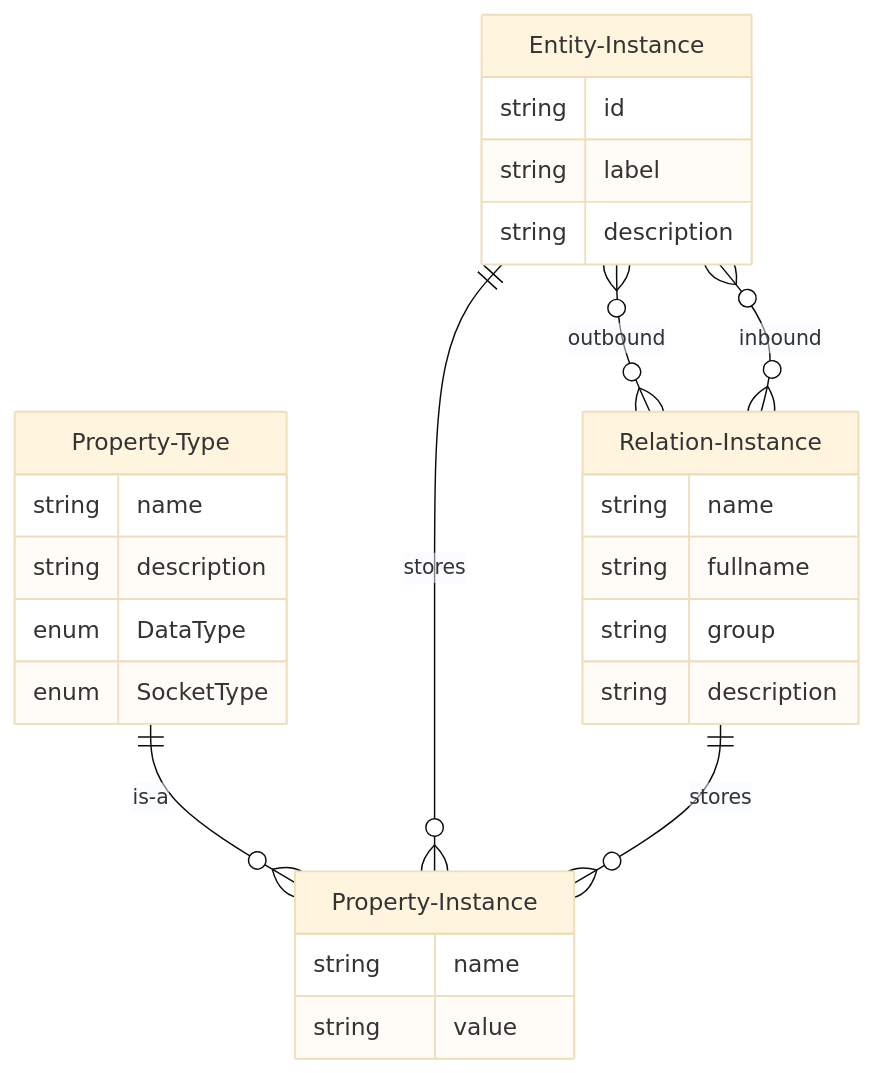
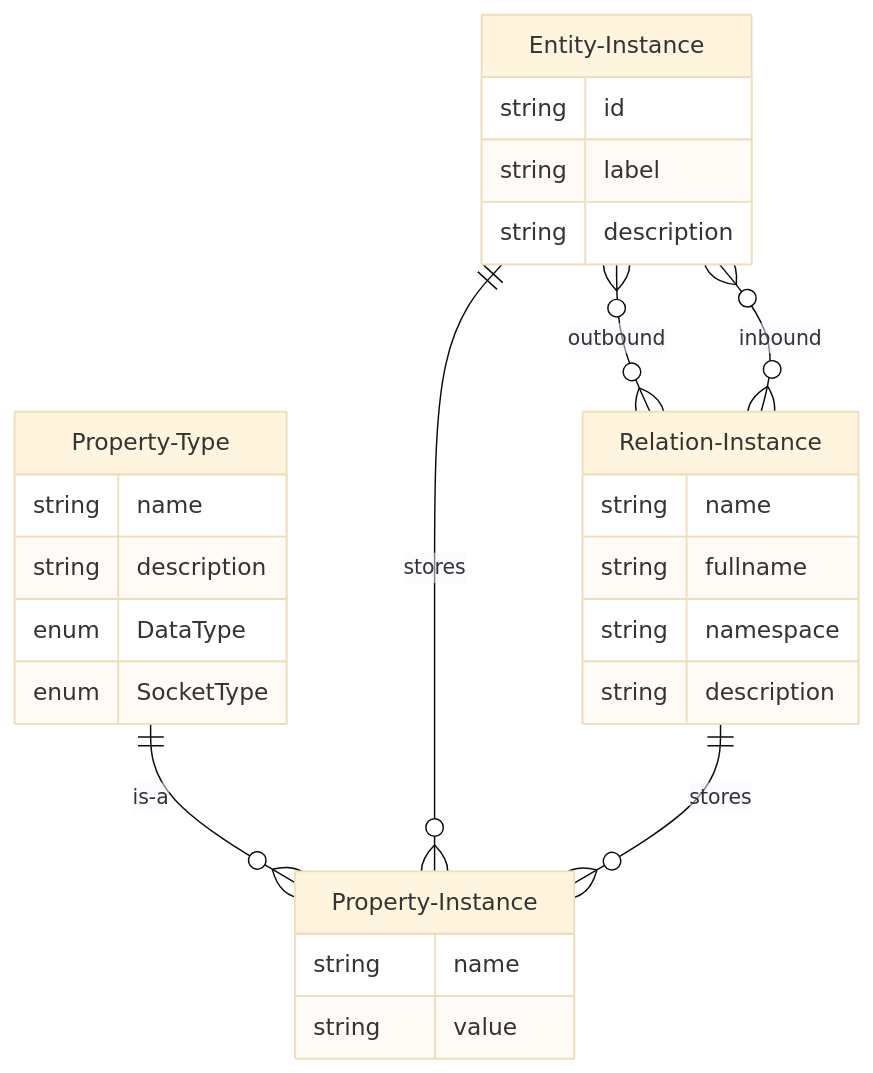
The second of 2 diagrams in docs/inexor-rgf/src/Model_Property_Instance.md (reactive-graph/reactive-graph), drawn with Mermaid (base theme) before and after one commit. The commit also changed 108 other files, not shown here.

Commit message:
Documentation for the dynamic graph

````diff
--- a/docs/inexor-rgf/src/Model_Property_Instance.md
+++ b/docs/inexor-rgf/src/Model_Property_Instance.md
@@ -31,29 +31,29 @@
 ```mermaid
 erDiagram
     Property-Type {
         string name
         string description
         enum DataType
         enum SocketType
     }
     Property-Instance {
         string name
         string value
     }
     Entity-Instance {
         string id
         string label
         string description
     }
     Relation-Instance {
         string name
         string fullname
-        string group
+        string namespace
         string description
     }
     Property-Type ||--}o Property-Instance : is-a
     Entity-Instance ||--}o Property-Instance : stores
     Entity-Instance o{--}o Relation-Instance : outbound
     Entity-Instance o{--}o Relation-Instance : inbound
     Relation-Instance ||--}o Property-Instance : stores
 ```
````
